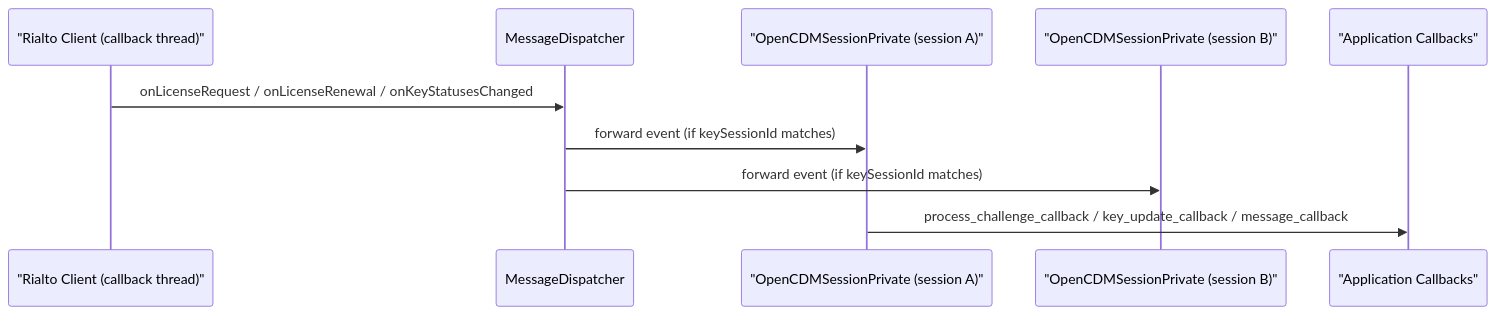
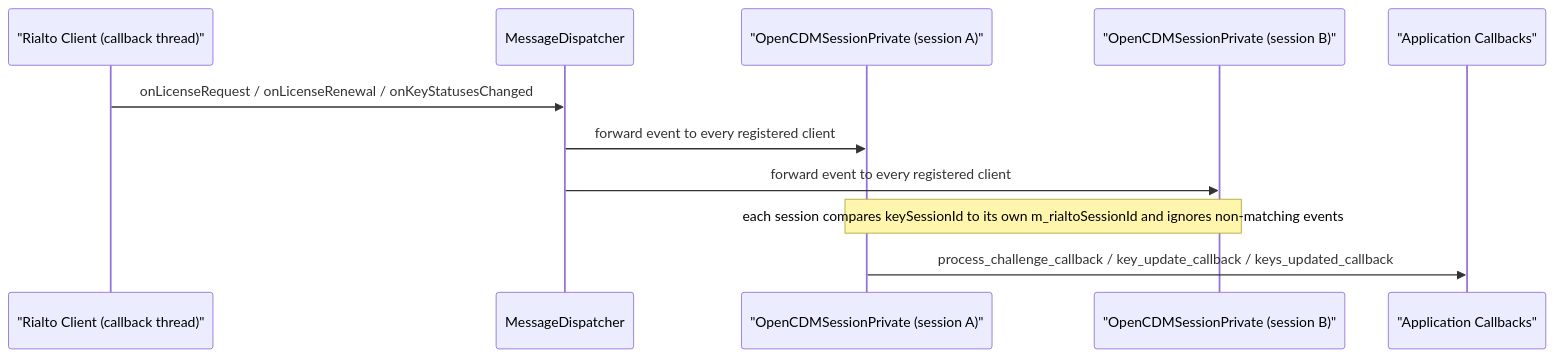
The seventh of 7 diagrams in docs/README.md (rdkcentral/rialto-ocdm), drawn with Mermaid before and after one commit. The commit also changed other lines of this file, not shown here.

````diff
--- a/docs/README.md
+++ b/docs/README.md
@@ -359,13 +366,14 @@
 ```mermaid
 sequenceDiagram
     participant RialtoClient as "Rialto Client (callback thread)"
     participant MsgD as MessageDispatcher
     participant Sess1 as "OpenCDMSessionPrivate (session A)"
     participant Sess2 as "OpenCDMSessionPrivate (session B)"
     participant App as "Application Callbacks"
 
     RialtoClient->>MsgD: onLicenseRequest / onLicenseRenewal / onKeyStatusesChanged
-    MsgD->>Sess1: forward event (if keySessionId matches)
-    MsgD->>Sess2: forward event (if keySessionId matches)
-    Sess1->>App: process_challenge_callback / key_update_callback / message_callback
+    MsgD->>Sess1: forward event to every registered client
+    MsgD->>Sess2: forward event to every registered client
+    Note over Sess1,Sess2: each session compares keySessionId to its own m_rialtoSessionId and ignores non-matching events
+    Sess1->>App: process_challenge_callback / key_update_callback / keys_updated_callback
 ```
````
